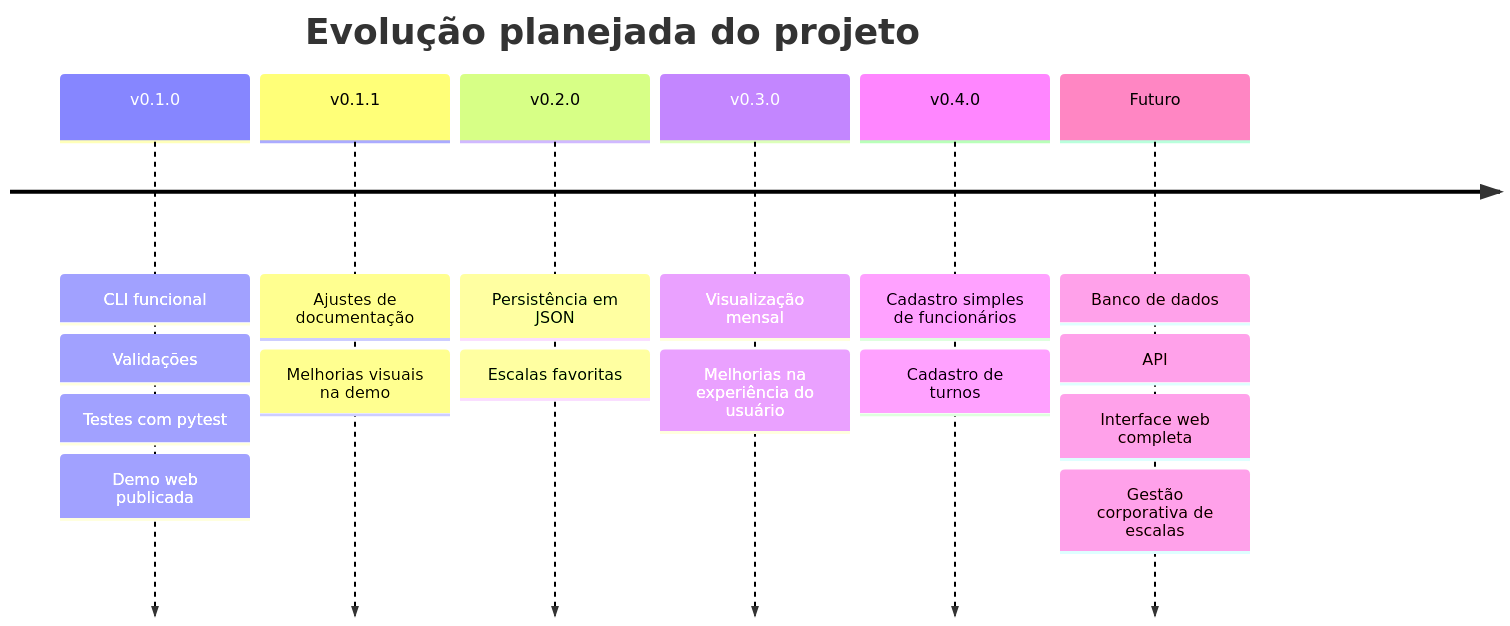
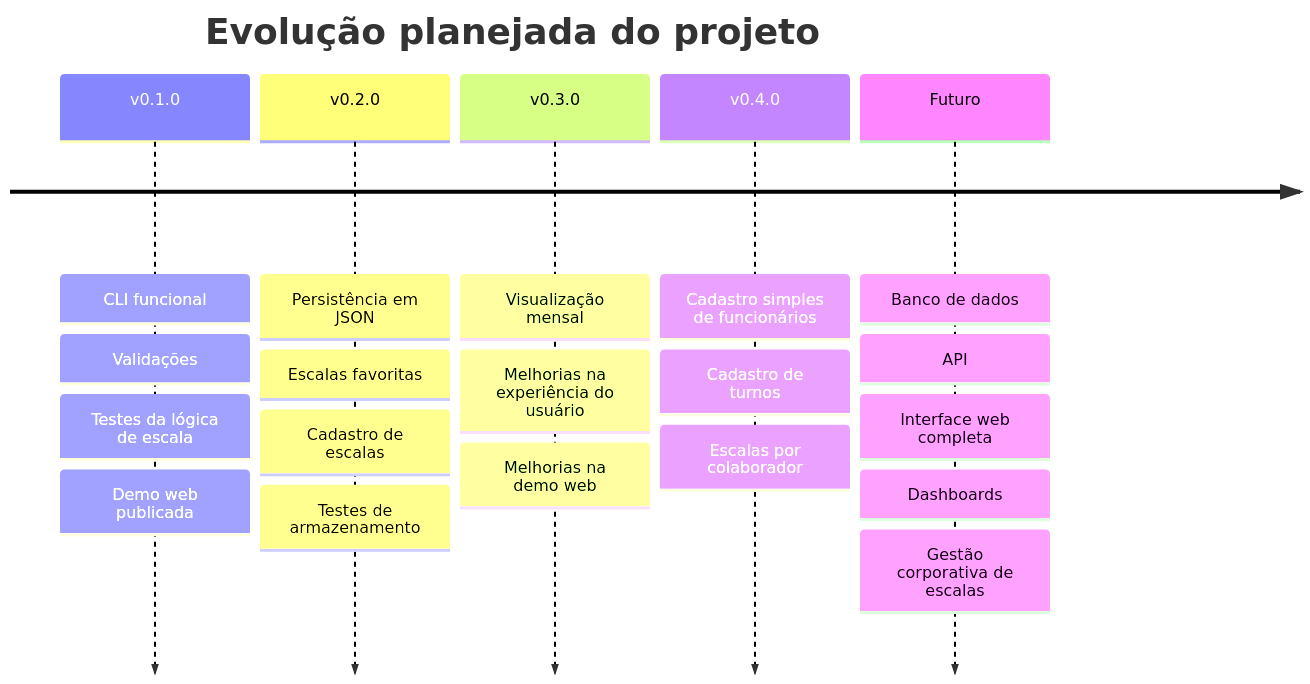
One commit to Dinox75/simulador-escala-trabalho changed the fourth of 4 diagrams in README.md. Above: the diagram before and after it, drawn with Mermaid. The commit also changed other lines of this file, not shown here.

````diff
--- a/README.md
+++ b/README.md
@@ -523,20 +676,23 @@
 ```mermaid
 timeline
     title Evolução planejada do projeto
     v0.1.0 : CLI funcional
            : Validações
-           : Testes com pytest
+           : Testes da lógica de escala
            : Demo web publicada
-    v0.1.1 : Ajustes de documentação
-           : Melhorias visuais na demo
     v0.2.0 : Persistência em JSON
            : Escalas favoritas
+           : Cadastro de escalas
+           : Testes de armazenamento
     v0.3.0 : Visualização mensal
            : Melhorias na experiência do usuário
+           : Melhorias na demo web
     v0.4.0 : Cadastro simples de funcionários
            : Cadastro de turnos
+           : Escalas por colaborador
     Futuro : Banco de dados
            : API
            : Interface web completa
+           : Dashboards
            : Gestão corporativa de escalas
 ```
````
